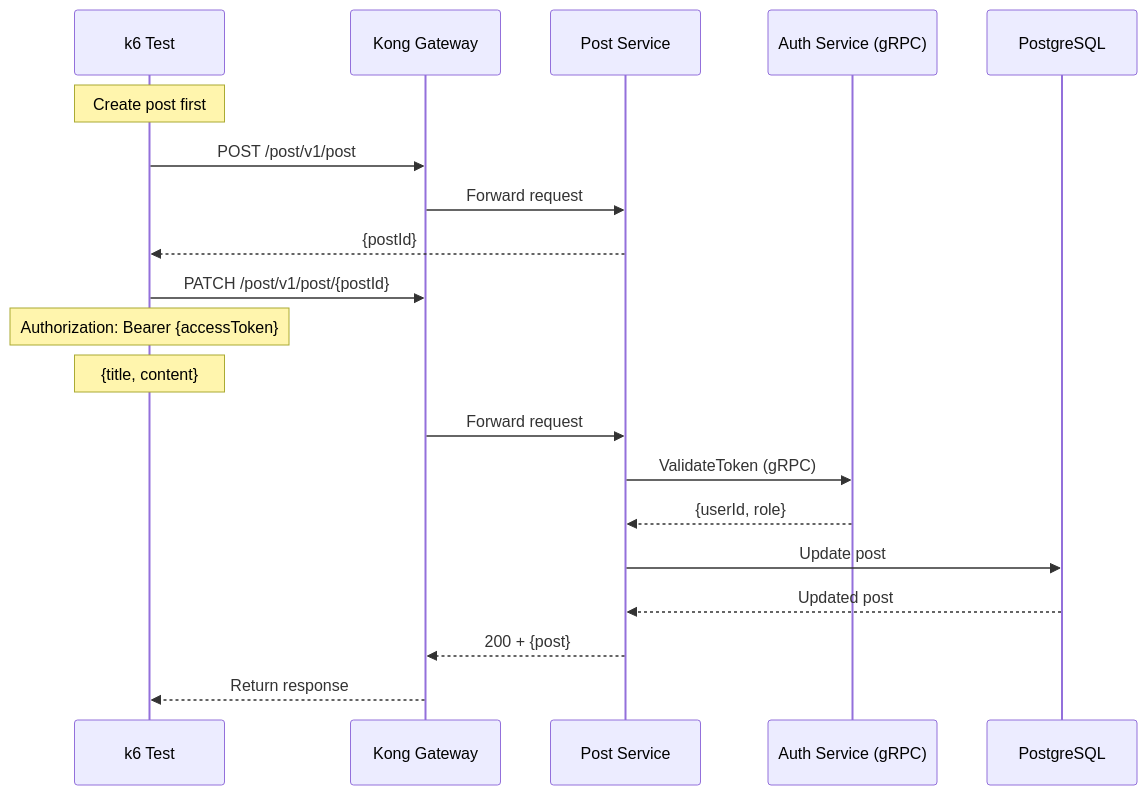
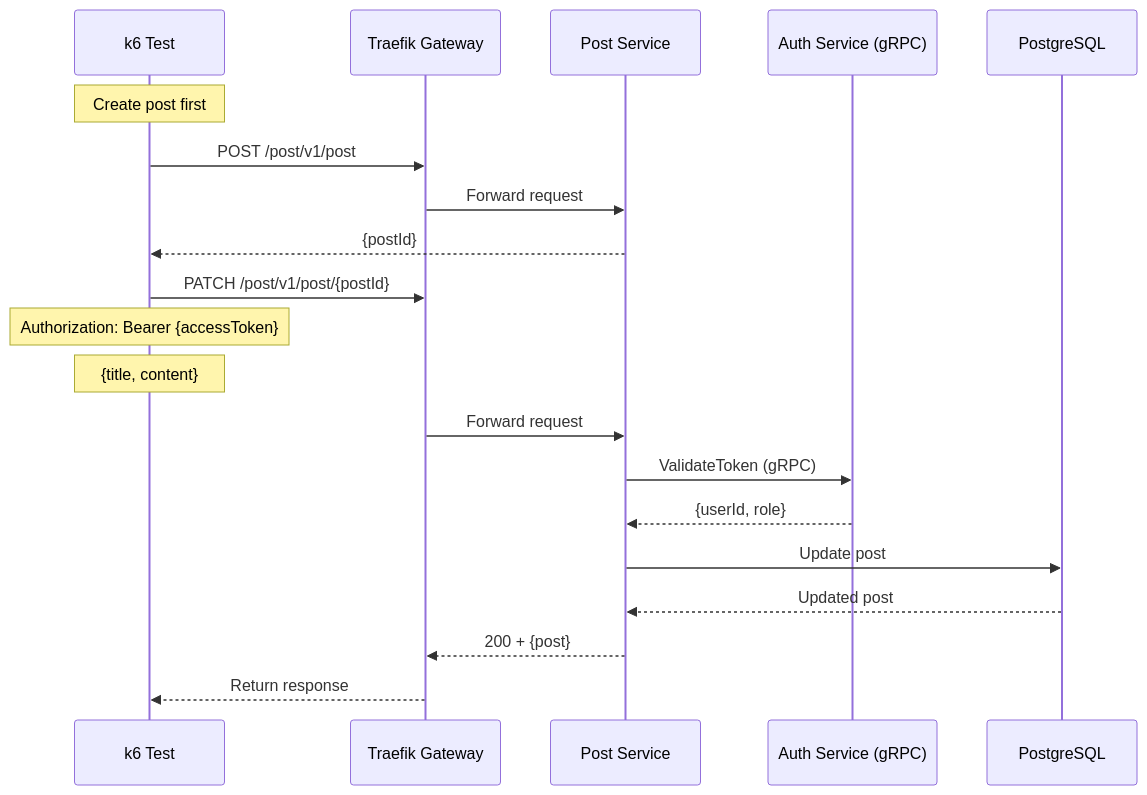
The diagram in k6-tests/src/services/post/test-update.md (tinhthanh/nestjs-microservices), drawn with Mermaid before and after one commit. The commit also changed 47 other files, not shown here.

````diff
--- a/k6-tests/src/services/post/test-update.md
+++ b/k6-tests/src/services/post/test-update.md
@@ -5,24 +5,24 @@
 ```mermaid
 sequenceDiagram
     participant K6 as k6 Test
-    participant Kong as Kong Gateway
+    participant Traefik as Traefik Gateway
     participant Post as Post Service
     participant Auth as Auth Service (gRPC)
     participant DB as PostgreSQL
 
     Note over K6: Create post first
-    K6->>Kong: POST /post/v1/post
-    Kong->>Post: Forward request
+    K6->>Traefik: POST /post/v1/post
+    Traefik->>Post: Forward request
     Post-->>K6: {postId}
     
-    K6->>Kong: PATCH /post/v1/post/{postId}
+    K6->>Traefik: PATCH /post/v1/post/{postId}
     Note over K6: Authorization: Bearer {accessToken}
     Note over K6: {title, content}
-    Kong->>Post: Forward request
+    Traefik->>Post: Forward request
     Post->>Auth: ValidateToken (gRPC)
     Auth-->>Post: {userId, role}
     Post->>DB: Update post
     DB-->>Post: Updated post
-    Post-->>Kong: 200 + {post}
-    Kong-->>K6: Return response
+    Post-->>Traefik: 200 + {post}
+    Traefik-->>K6: Return response
 ```
````
